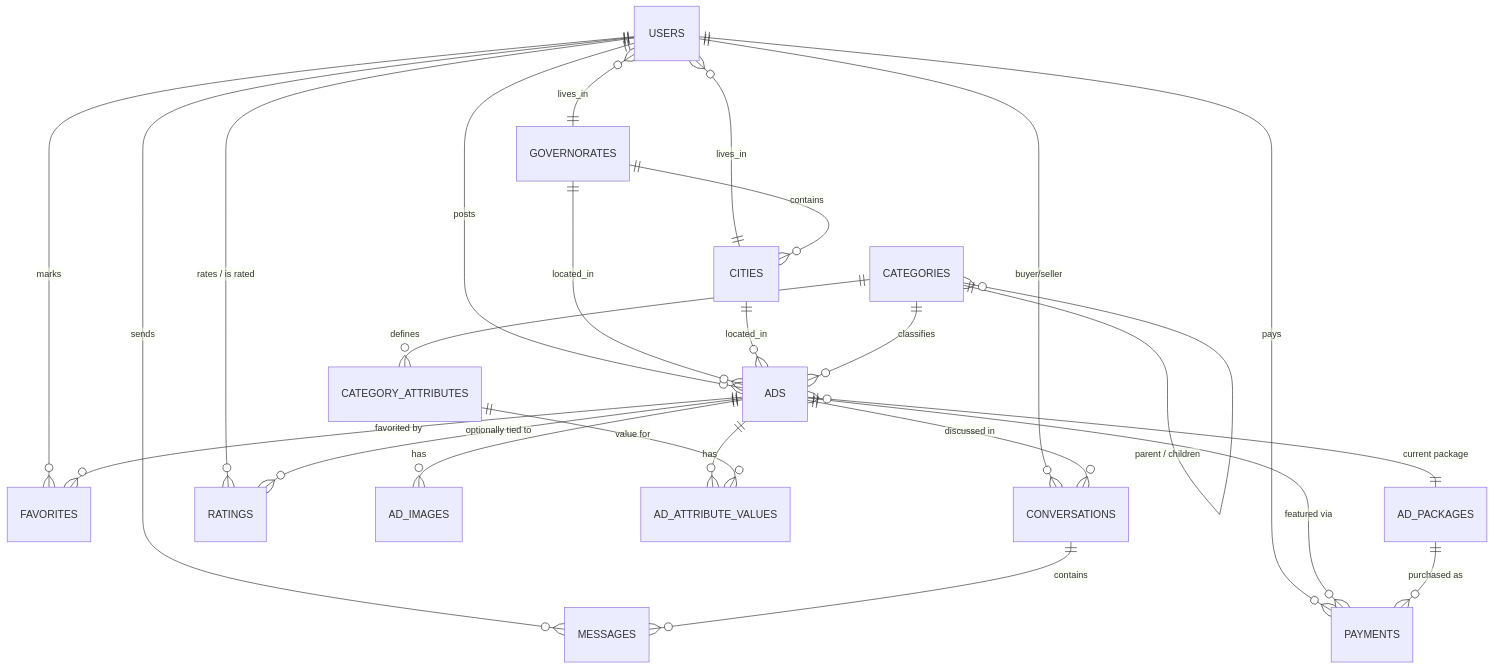
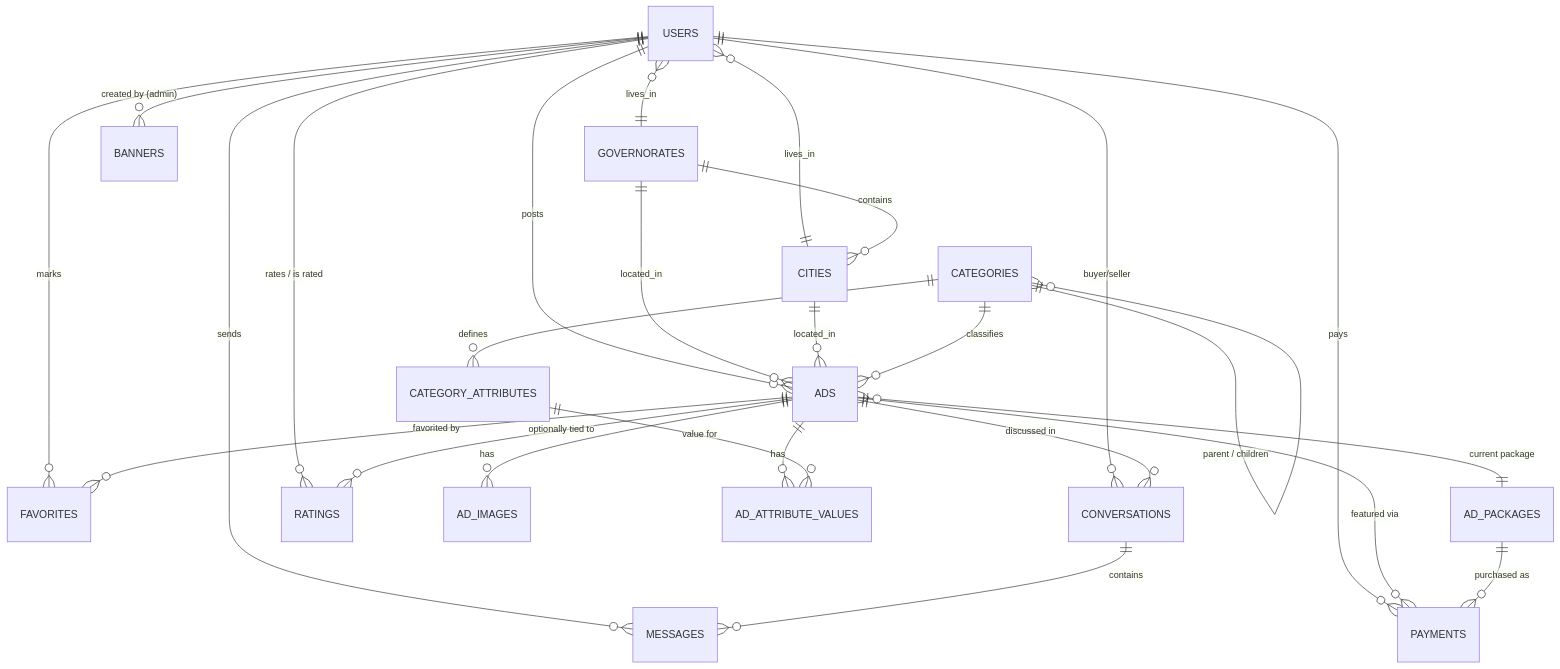
One commit to Nasr4IT/-aveno-simsar-api changed the diagram in docs/ERD.md. Above: the diagram before and after it, drawn with Mermaid. The commit also changed other lines of this file and 12 other files, not shown here.

````diff
--- a/docs/ERD.md
+++ b/docs/ERD.md
@@ -5,33 +5,35 @@
 ```mermaid
 erDiagram
     USERS ||--o{ ADS : posts
     USERS ||--o{ FAVORITES : marks
     USERS ||--o{ CONVERSATIONS : "buyer/seller"
     USERS ||--o{ MESSAGES : sends
     USERS ||--o{ RATINGS : "rates / is rated"
     USERS ||--o{ PAYMENTS : pays
     USERS }o--|| GOVERNORATES : lives_in
     USERS }o--|| CITIES : lives_in
 
     GOVERNORATES ||--o{ CITIES : contains
     GOVERNORATES ||--o{ ADS : located_in
     CITIES ||--o{ ADS : located_in
 
     CATEGORIES ||--o{ CATEGORIES : "parent / children"
     CATEGORIES ||--o{ CATEGORY_ATTRIBUTES : defines
     CATEGORIES ||--o{ ADS : classifies
 
     ADS ||--o{ AD_IMAGES : has
     ADS ||--o{ AD_ATTRIBUTE_VALUES : has
     ADS ||--o{ FAVORITES : "favorited by"
     ADS ||--o{ CONVERSATIONS : "discussed in"
     ADS ||--o{ RATINGS : "optionally tied to"
     ADS ||--o{ PAYMENTS : "featured via"
     ADS }o--|| AD_PACKAGES : "current package"
 
     CATEGORY_ATTRIBUTES ||--o{ AD_ATTRIBUTE_VALUES : "value for"
 
     CONVERSATIONS ||--o{ MESSAGES : contains
 
     AD_PACKAGES ||--o{ PAYMENTS : "purchased as"
+
+    USERS ||--o{ BANNERS : "created by (admin)"
 ```
````
